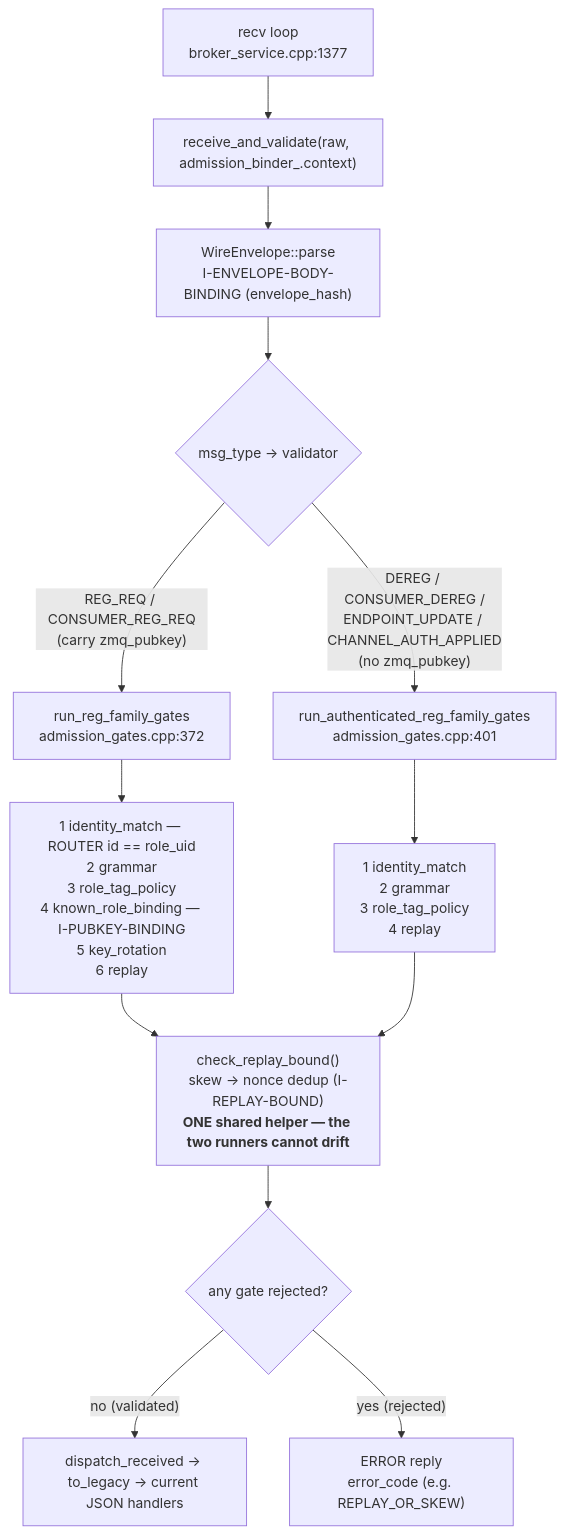
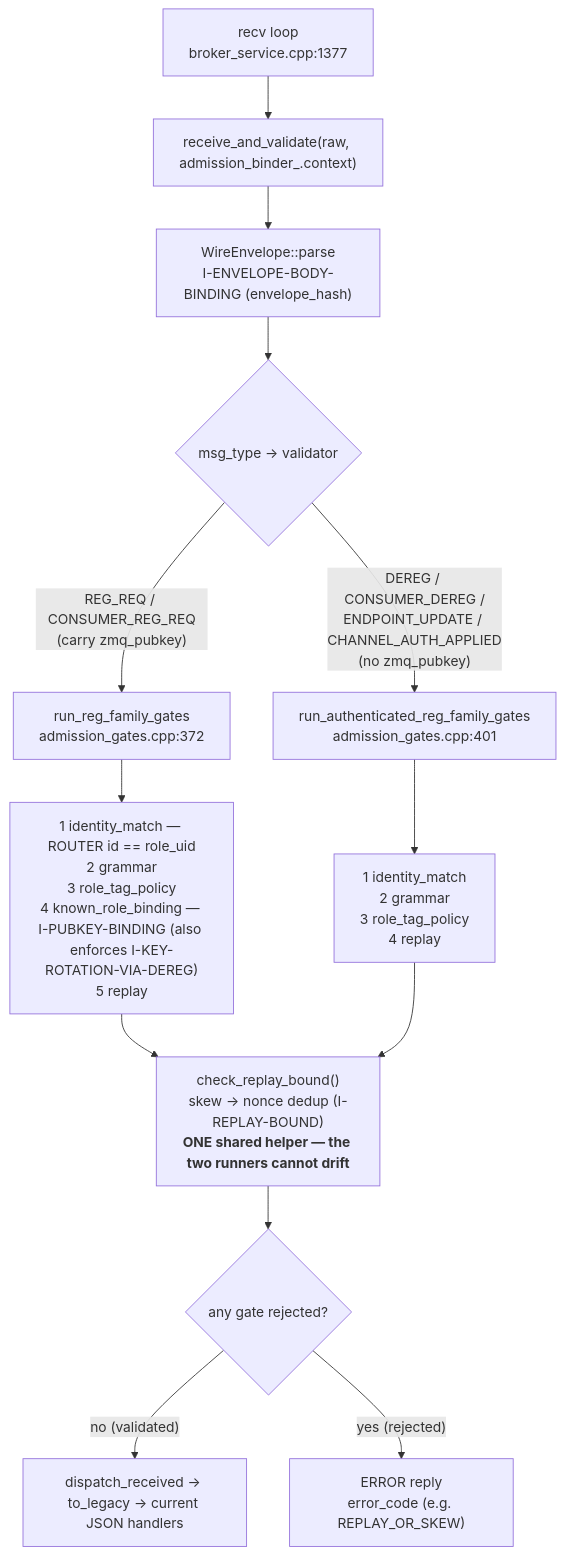
The diagram in docs/HEP/HEP-CORE-0046-REG-Protocol-Redesign.md (Qing-LAB/pylabhub), drawn with Mermaid before and after one commit. The commit also changed other lines of this file and 8 other files, not shown here.

````diff
--- a/docs/HEP/HEP-CORE-0046-REG-Protocol-Redesign.md
+++ b/docs/HEP/HEP-CORE-0046-REG-Protocol-Redesign.md
@@ -53,20 +53,20 @@
 ```mermaid
 flowchart TD
     RECV["recv loop<br/>broker_service.cpp:1377"]
       --> RV["receive_and_validate(raw, admission_binder_.context)"]
     RV --> PARSE["WireEnvelope::parse<br/>I-ENVELOPE-BODY-BINDING (envelope_hash)"]
     PARSE --> ROUTE{"msg_type → validator"}
 
     ROUTE -->|"REG_REQ / CONSUMER_REG_REQ<br/>(carry zmq_pubkey)"| RFG["run_reg_family_gates<br/>admission_gates.cpp:372"]
     ROUTE -->|"DEREG / CONSUMER_DEREG /<br/>ENDPOINT_UPDATE / CHANNEL_AUTH_APPLIED<br/>(no zmq_pubkey)"| ARF["run_authenticated_reg_family_gates<br/>admission_gates.cpp:401"]
 
-    RFG --> RFGG["1 identity_match — ROUTER id == role_uid<br/>2 grammar<br/>3 role_tag_policy<br/>4 known_role_binding — I-PUBKEY-BINDING<br/>5 key_rotation<br/>6 replay"]
+    RFG --> RFGG["1 identity_match — ROUTER id == role_uid<br/>2 grammar<br/>3 role_tag_policy<br/>4 known_role_binding — I-PUBKEY-BINDING (also enforces I-KEY-ROTATION-VIA-DEREG)<br/>5 replay"]
     ARF --> ARFG["1 identity_match<br/>2 grammar<br/>3 role_tag_policy<br/>4 replay"]
 
     RFGG --> CRB["check_replay_bound()<br/>skew → nonce dedup (I-REPLAY-BOUND)<br/><b>ONE shared helper — the two runners cannot drift</b>"]
     ARFG --> CRB
 
     CRB --> DR{"any gate rejected?"}
     DR -->|"no (validated)"| LEG["dispatch_received → to_legacy → current JSON handlers"]
     DR -->|"yes (rejected)"| ERR["ERROR reply<br/>error_code (e.g. REPLAY_OR_SKEW)"]
 ```
````
